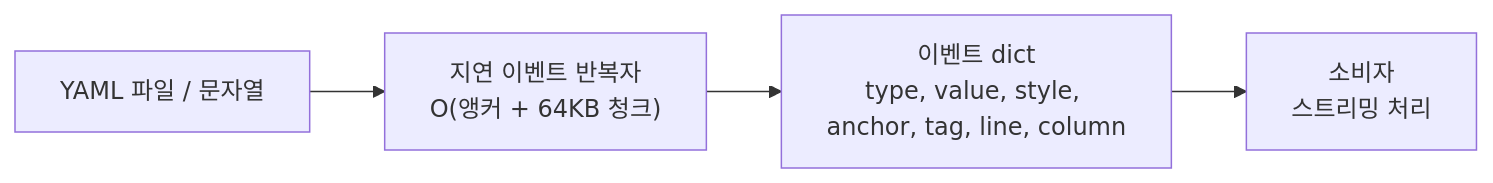
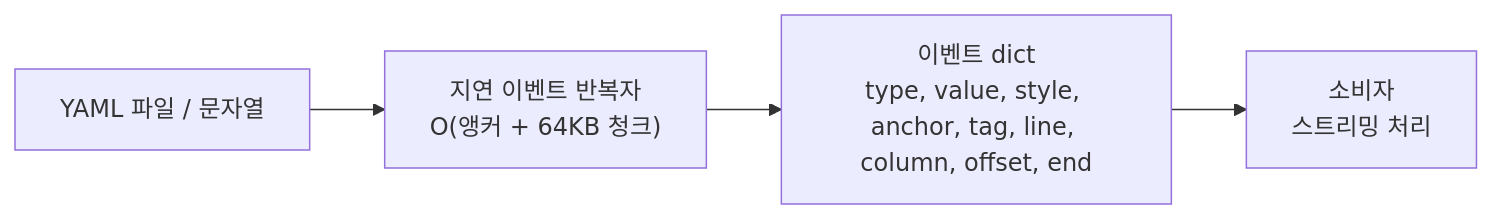
One commit to 759401524/pyrs-yaml changed the diagram in docs/ko/guides/streaming.md. Above: the diagram before and after it, drawn with Mermaid. The commit also changed other lines of this file and 19 other files, not shown here.

````diff
--- a/docs/ko/guides/streaming.md
+++ b/docs/ko/guides/streaming.md
@@ -23,6 +23,6 @@
 ```mermaid title="스트리밍 파싱 아키텍처"
 graph LR
     A["YAML 파일 / 문자열"] --> B["지연 이벤트 반복자<br/>O(앵커 + 64KB 청크)"]
-    B --> C["이벤트 dict<br/>type, value, style, anchor, tag, line, column"]
+    B --> C["이벤트 dict<br/>type, value, style, anchor, tag, line, column, offset, end"]
     C --> D["소비자<br/>스트리밍 처리"]
 ```
````
